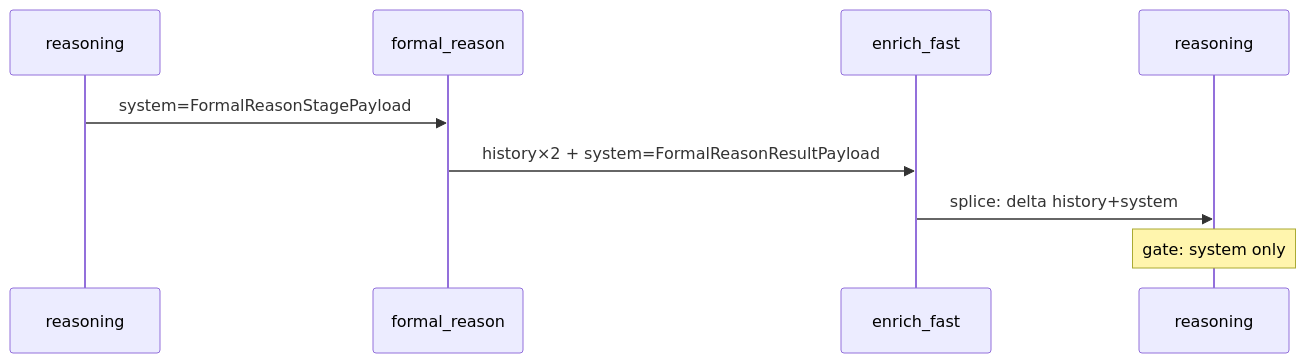
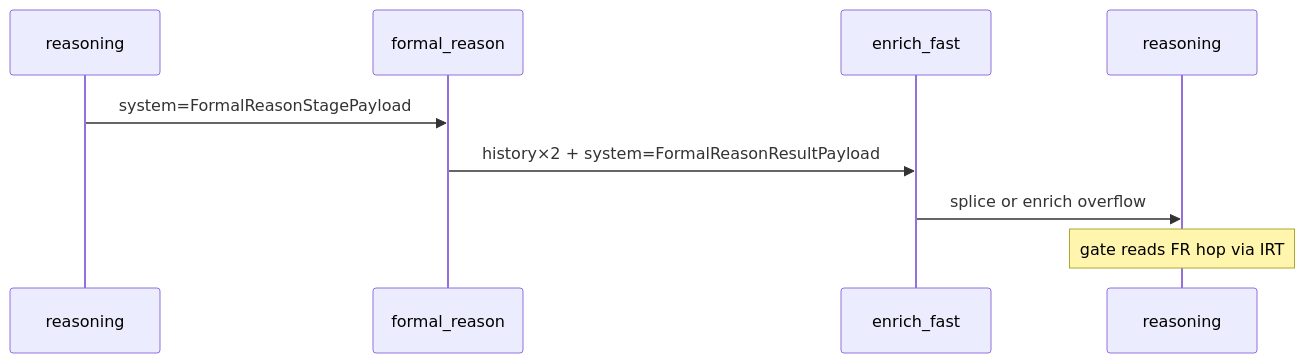
One commit to 0IA/threlium changed the diagram in docs/FORMAL_REASON_GATE.md. Above: the diagram before and after it, drawn with Mermaid. The commit also changed other lines of this file and 5 other files, not shown here.

First line of the commit message:
docs: lightrag query call-site, graph-answer mermaid, IRT formal_reason gate

````diff
--- a/docs/FORMAL_REASON_GATE.md
+++ b/docs/FORMAL_REASON_GATE.md
@@ -34,12 +37,12 @@
 ```mermaid
 sequenceDiagram
   participant R as reasoning
   participant FR as formal_reason
   participant EF as enrich_fast
   participant R2 as reasoning
 
   R->>FR: system=FormalReasonStagePayload
   FR->>EF: history×2 + system=FormalReasonResultPayload
-  EF->>R2: splice: delta history+system
-  Note over R2: gate: system only
+  EF->>R2: splice or enrich overflow
+  Note over R2: gate reads FR hop via IRT
 ```
````
